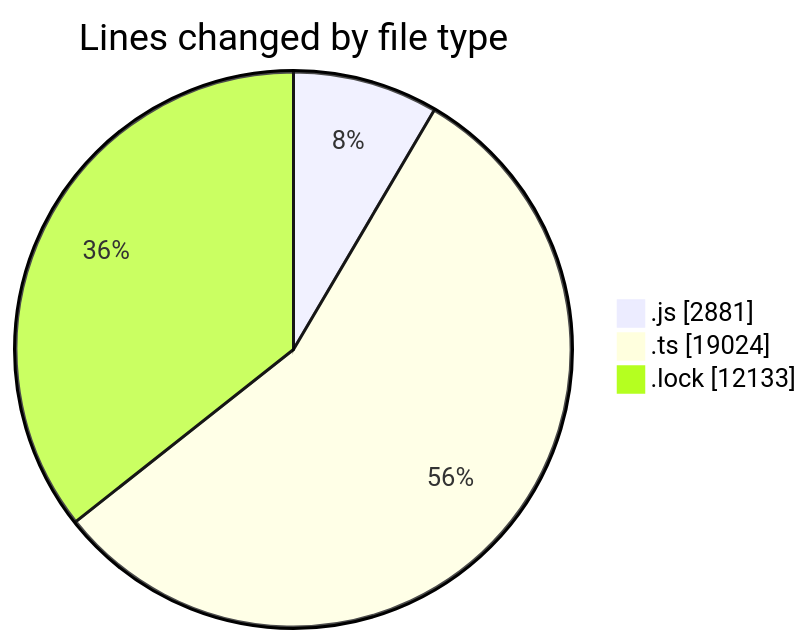
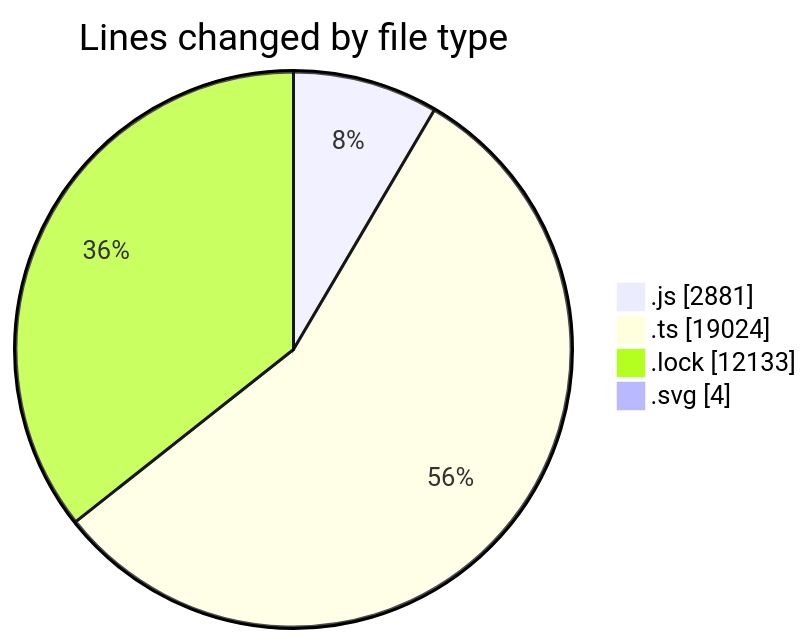
One commit to momahboobian/code-tracking changed the first of 2 diagrams in 2025-08-12/cda/README.md. Above: the diagram before and after it, drawn with Mermaid. The commit also changed other lines of this file and 1 other file, not shown here.

````diff
--- a/2025-08-12/cda/README.md
+++ b/2025-08-12/cda/README.md
@@ -40,7 +41,8 @@
 ```mermaid
 pie showData
 title Lines changed by file type
 ".js" : 2881
 ".ts" : 19024
 ".lock" : 12133
+".svg" : 4
 ```
````
